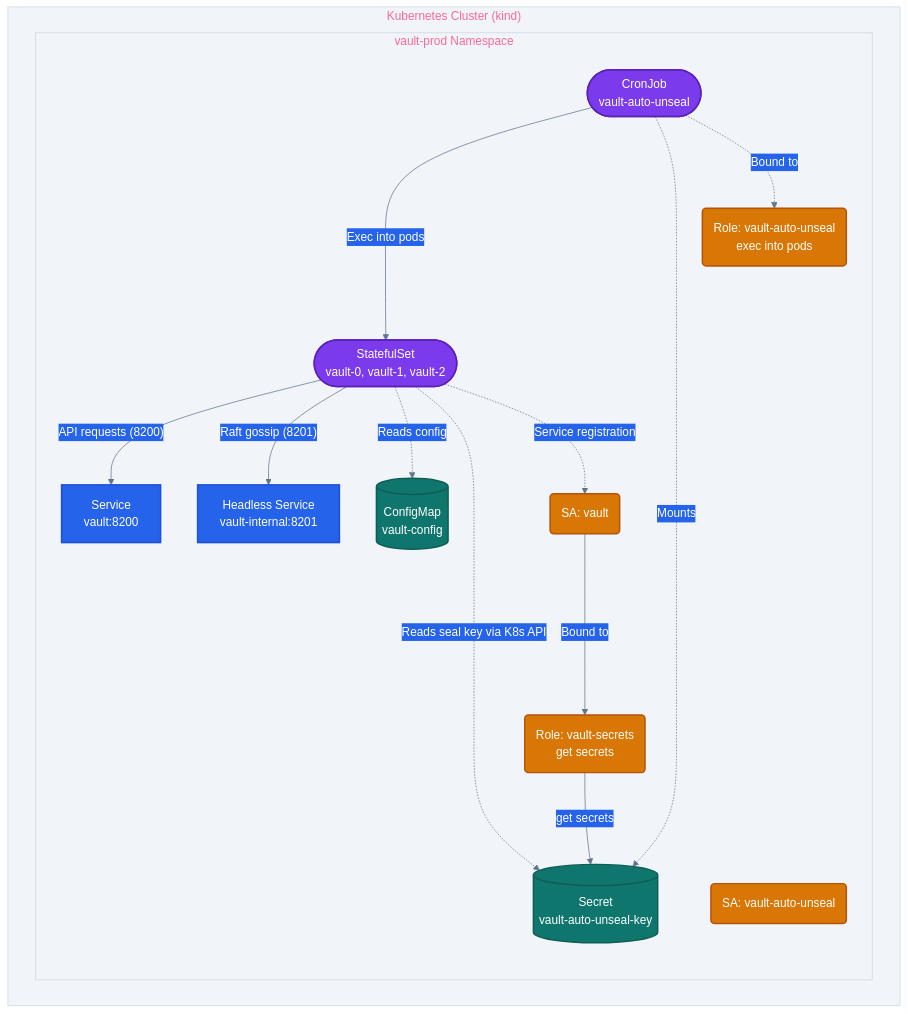
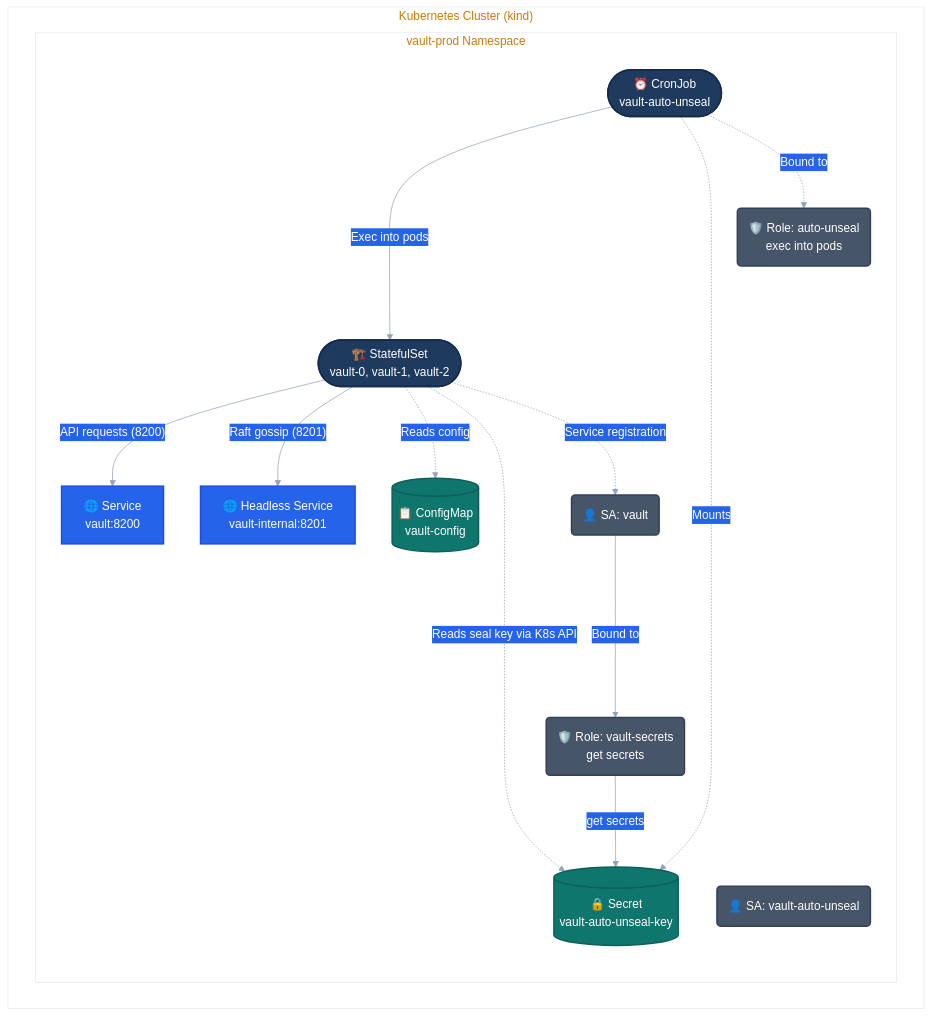
The first of 5 diagrams in secrets-management/vault/README.md (Orpere/kind), drawn with Mermaid before and after one commit. The commit also changed other lines of this file and 1 other file, not shown here.

````diff
--- a/secrets-management/vault/README.md
+++ b/secrets-management/vault/README.md
@@ -9,40 +9,42 @@
 ```mermaid
-%%{init: {'theme': 'base', 'themeVariables': { 'primaryColor': '#7C3AED', 'primaryTextColor': '#ffffff', 'primaryBorderColor': '#5B21B6', 'lineColor': '#64748B', 'secondaryColor': '#2563EB', 'tertiaryColor': '#059669', 'clusterBkg': '#F1F5F9', 'clusterBorder': '#CBD5E1', 'nodeBorder': '#475569', 'fontFamily': 'system-ui, -apple-system, sans-serif' }}}%%
+%%{init: {"theme": "base", "themeVariables": {"primaryColor": "#1E3A5F", "primaryTextColor": "#FFFFFF", "primaryBorderColor": "#15294A", "lineColor": "#94A3B8", "secondaryColor": "#2563EB", "tertiaryColor": "#3B82F6", "clusterBkg": "#FFFFFF", "clusterBorder": "#E2E8F0", "nodeBorder": "#475569", "fontFamily": "system-ui, -apple-system, sans-serif"}}}%%
 graph TB
     subgraph "Kubernetes Cluster (kind)"
         subgraph "vault-prod Namespace"
-            ST([StatefulSet<br/>vault-0, vault-1, vault-2])
-            SVC[Service<br/>vault:8200]
-            SVC_INT[Headless Service<br/>vault-internal:8201]
-            CM[(ConfigMap<br/>vault-config)]
-            SEC[(Secret<br/>vault-auto-unseal-key)]
-            CJ([CronJob<br/>vault-auto-unseal])
-            SA_V(SA: vault)
-            SA_CJ(SA: vault-auto-unseal)
-            R_V(Role: vault-secrets<br/>get secrets)
-            R_CJ(Role: vault-auto-unseal<br/>exec into pods)
+            ST([🏗️ StatefulSet<br/>vault-0, vault-1, vault-2])
+            SVC[🌐 Service<br/>vault:8200]
+            SVC_INT[🌐 Headless Service<br/>vault-internal:8201]
+            CM[(📋 ConfigMap<br/>vault-config)]
+            SEC[(🔒 Secret<br/>vault-auto-unseal-key)]
+            CJ([⏰ CronJob<br/>vault-auto-unseal])
+            SA_V(👤 SA: vault)
+            SA_CJ(👤 SA: vault-auto-unseal)
+            R_V(🛡️ Role: vault-secrets<br/>get secrets)
+            R_CJ(🛡️ Role: auto-unseal<br/>exec into pods)
         end
     end
 
     ST -->|"API requests (8200)"| SVC
     ST -->|"Raft gossip (8201)"| SVC_INT
     ST -.->|"Reads config"| CM
     ST -.->|"Reads seal key via K8s API"| SEC
     ST -.->|"Service registration"| SA_V
     SA_V --->|"Bound to"| R_V
     CJ --->|"Exec into pods"| ST
     CJ -.->|"Mounts"| SEC
     CJ -.->|"Bound to"| R_CJ
     R_V -->|"get secrets"| SEC
 
-    classDef vault fill:#7C3AED,color:#ffffff,stroke:#5B21B6,stroke-width:2px
-    classDef k8s fill:#2563EB,color:#ffffff,stroke:#1D4ED8,stroke-width:2px
-    classDef rbac fill:#D97706,color:#ffffff,stroke:#B45309,stroke-width:2px
-    classDef data fill:#0F766E,color:#ffffff,stroke:#0D5E57,stroke-width:2px
+    classDef primary fill:#1E3A5F,color:#FFFFFF,stroke:#15294A,stroke-width:2px
+    classDef secondary fill:#2563EB,color:#FFFFFF,stroke:#1D4ED8,stroke-width:2px
+    classDef tertiary fill:#3B82F6,color:#FFFFFF,stroke:#2563EB,stroke-width:2px
+    classDef accent fill:#F59E0B,color:#FFFFFF,stroke:#D97706,stroke-width:2px
+    classDef data fill:#0F766E,color:#FFFFFF,stroke:#0D5E57,stroke-width:2px
+    classDef rbac fill:#475569,color:#FFFFFF,stroke:#334155,stroke-width:2px
 
-    class ST vault
-    class SVC,SVC_INT k8s
+    class ST primary
+    class CJ primary
+    class SVC,SVC_INT secondary
     class CM,SEC data
-    class CJ vault
     class SA_V,SA_CJ,R_V,R_CJ rbac
 ```
````
